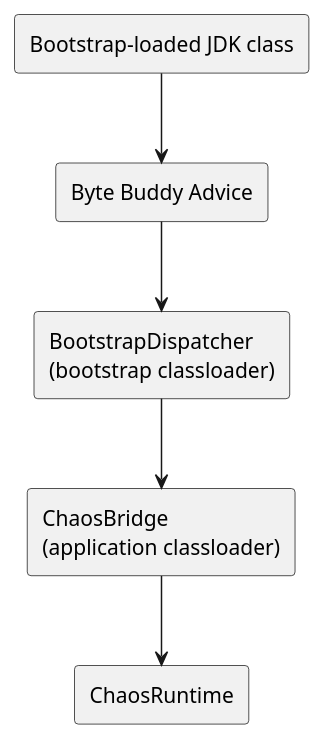
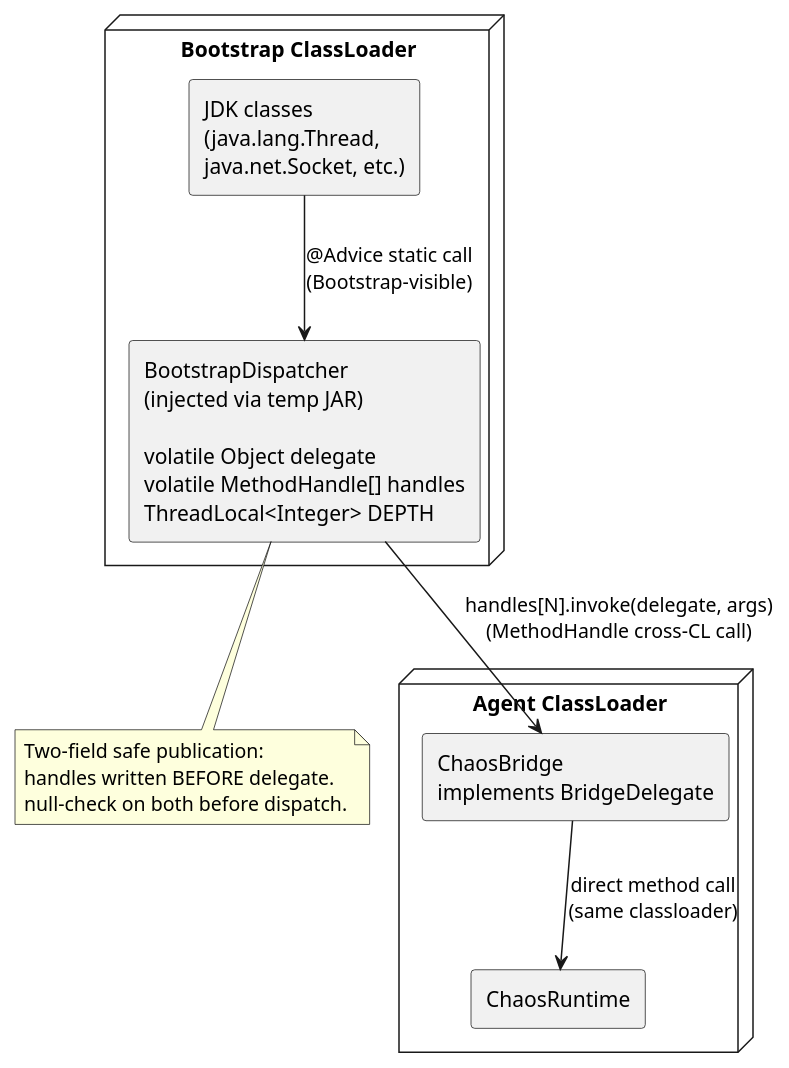
The first of 2 diagrams in docs/instrumentation.md (macstab/macstab-chaos-jvm-agent), drawn with PlantUML before and after one commit. The commit also changed other lines of this file and 18 other files, not shown here.

````diff
--- a/docs/instrumentation.md
+++ b/docs/instrumentation.md
@@ -59,16 +157,23 @@
 ```plantuml
 @startuml
-skinparam componentStyle rectangle
+node "Bootstrap ClassLoader" {
+  rectangle "JDK classes\n(java.lang.Thread,\njava.net.Socket, etc.)" as JDK
+  rectangle "BootstrapDispatcher\n(injected via temp JAR)\n\nvolatile Object delegate\nvolatile MethodHandle[] handles\nThreadLocal<Integer> DEPTH" as BD
+}
 
-component "Bootstrap-loaded JDK class" as Jdk
-component "Byte Buddy Advice" as Advice
-component "BootstrapDispatcher\n(bootstrap classloader)" as Dispatcher
-component "ChaosBridge\n(application classloader)" as Bridge
-component "ChaosRuntime" as Runtime
+node "Agent ClassLoader" {
+  rectangle "ChaosBridge\nimplements BridgeDelegate" as CB
+  rectangle "ChaosRuntime" as CR
+}
 
-Jdk --> Advice
-Advice --> Dispatcher
-Dispatcher --> Bridge
-Bridge --> Runtime
+JDK --> BD : "@Advice static call\n(Bootstrap-visible)"
+BD --> CB : "handles[N].invoke(delegate, args)\n(MethodHandle cross-CL call)"
+CB --> CR : "direct method call\n(same classloader)"
+
+note bottom of BD
+  Two-field safe publication:
+  handles written BEFORE delegate.
+  null-check on both before dispatch.
+end note
 @enduml
 ```
````
